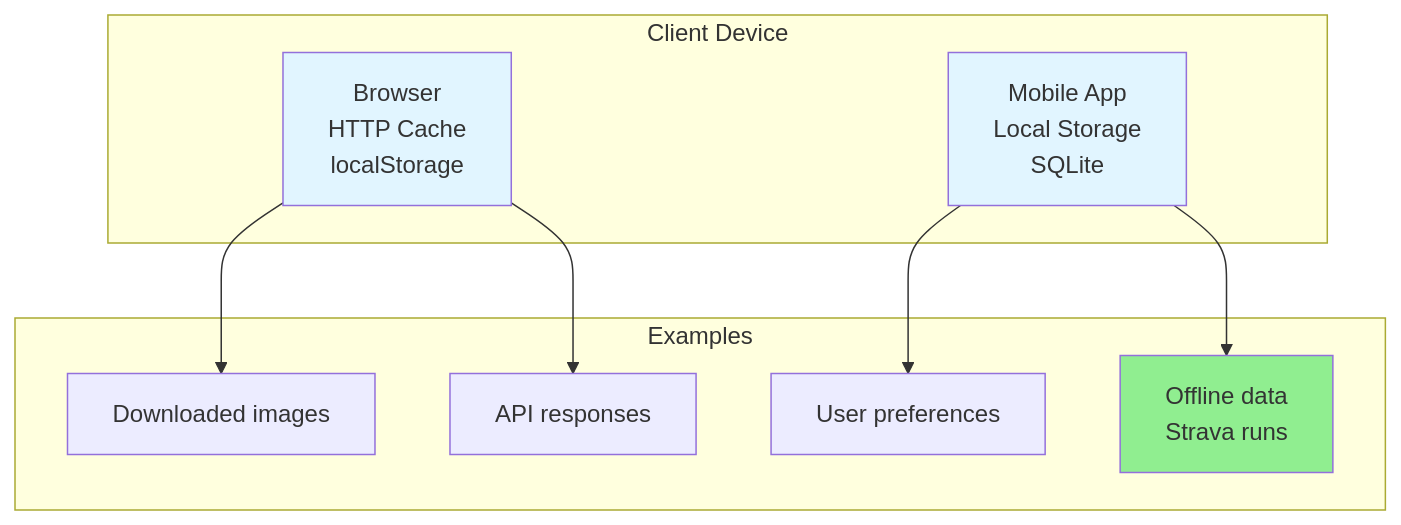
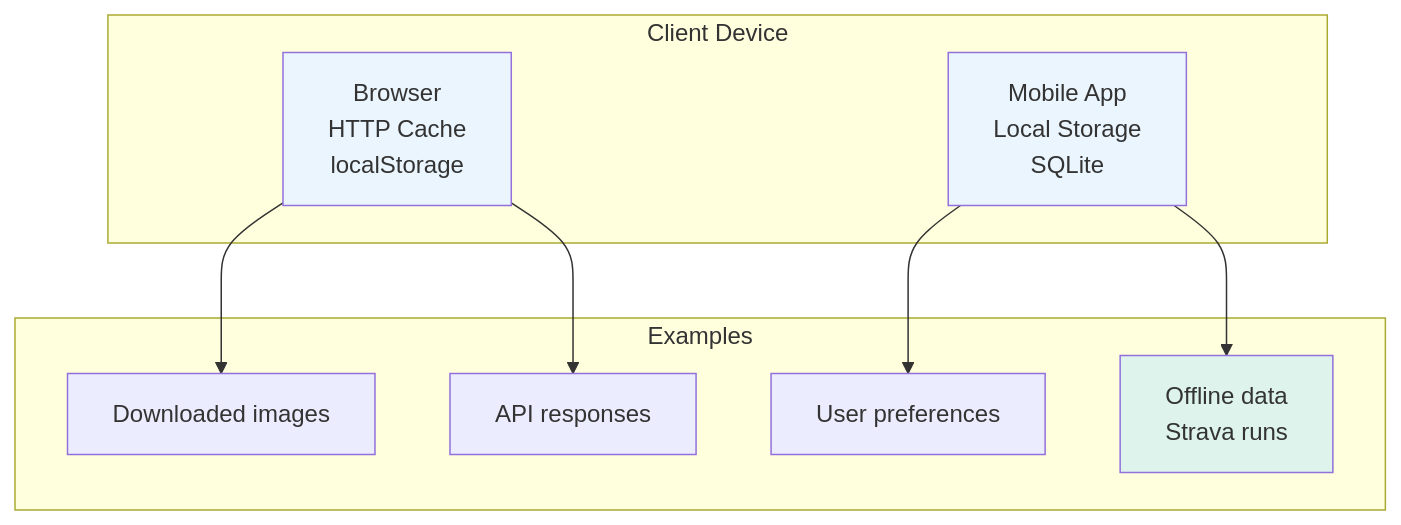
Before and after one commit to cartmancodes/InterviewVault: the ninth of 47 diagrams in LLD/CoreConcepts/Caching.md, drawn with Mermaid. The commit also changed other lines of this file and 679 other files, not shown here.

Commit message:
Unify content diagrams and add accessible visual walkthroughs

````diff
--- a/LLD/CoreConcepts/Caching.md
+++ b/LLD/CoreConcepts/Caching.md
@@ -259,23 +259,23 @@
 ```mermaid
 graph TB
     subgraph "Client Device"
         BROWSER[Browser<br/>HTTP Cache<br/>localStorage]
         MOBILE[Mobile App<br/>Local Storage<br/>SQLite]
     end
     
     subgraph "Examples"
         EX1[Downloaded images]
         EX2[API responses]
         EX3[User preferences]
         EX4[Offline data<br/>Strava runs]
     end
     
     BROWSER --> EX1
     BROWSER --> EX2
     MOBILE --> EX3
     MOBILE --> EX4
     
-    style BROWSER fill:#e1f5ff
-    style MOBILE fill:#e1f5ff
-    style EX4 fill:#90EE90
+    style BROWSER fill:#EAF5FD
+    style MOBILE fill:#EAF5FD
+    style EX4 fill:#DDF3EC
 ```
````
